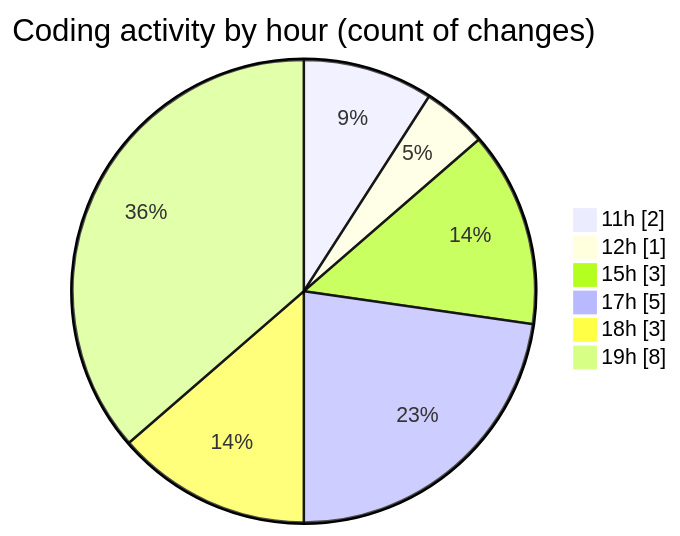
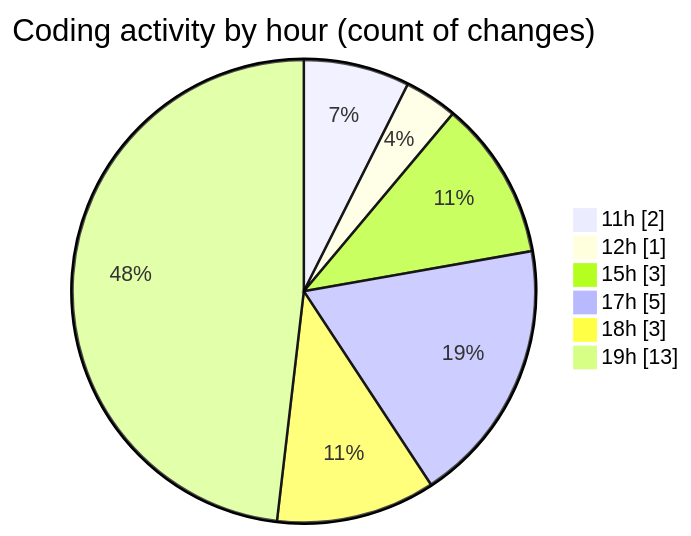
The second of 2 diagrams in 2026-06-15/nxtqube_webapp/README.md (nxtqubesakshisongat/code-tracking), drawn with Mermaid before and after one commit. The commit also changed other lines of this file and 1 other file, not shown here.

````diff
--- a/2026-06-15/nxtqube_webapp/README.md
+++ b/2026-06-15/nxtqube_webapp/README.md
@@ -30,10 +32,10 @@
 ```mermaid
 pie showData
 title Coding activity by hour (count of changes)
 "11h" : 2
 "12h" : 1
 "15h" : 3
 "17h" : 5
 "18h" : 3
-"19h" : 8
+"19h" : 13
 ```
````
